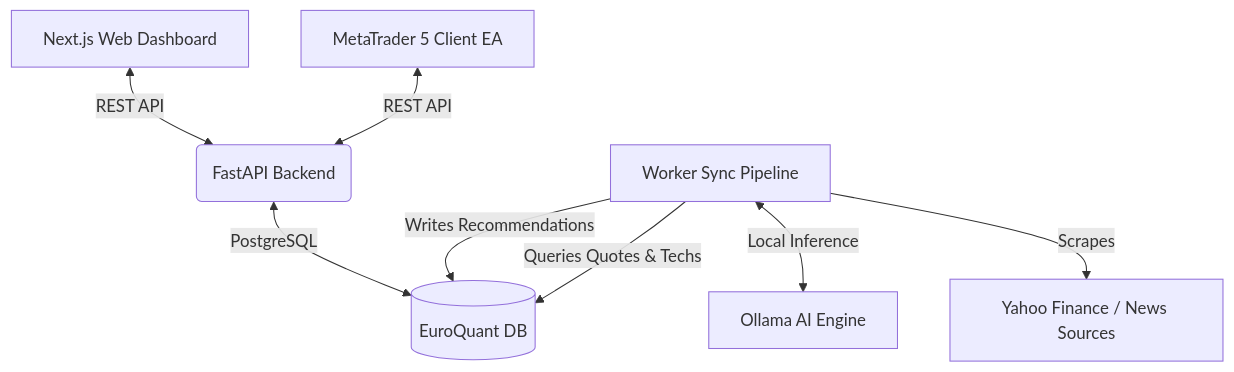
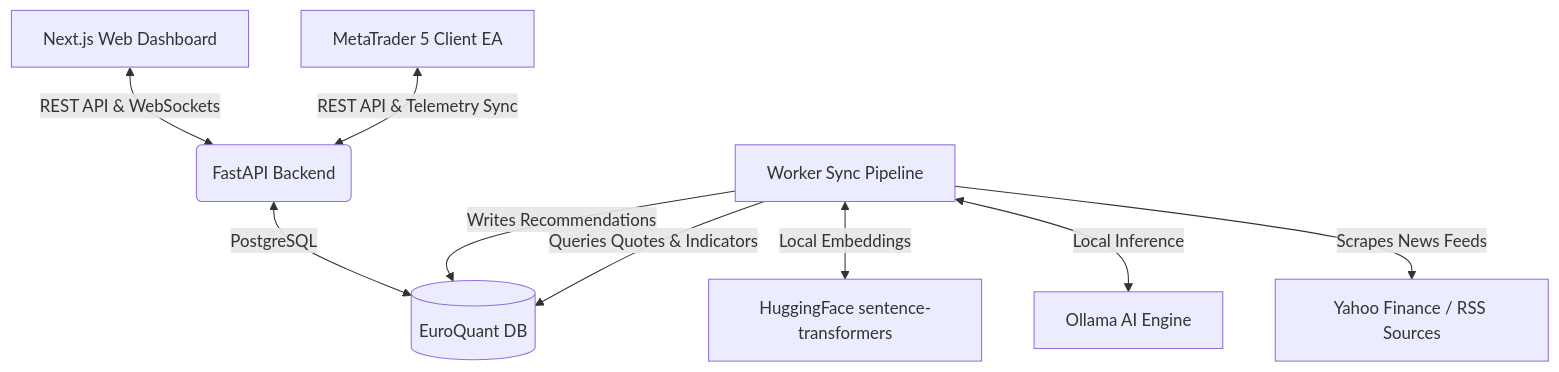
One commit to vsavio/EuroQuant changed the diagram in README.md. Above: the diagram before and after it, drawn with Mermaid. The commit also changed other lines of this file and 6 other files, not shown here.

````diff
--- a/README.md
+++ b/README.md
@@ -11,10 +11,11 @@
 ```mermaid
 graph TD
-    A[Next.js Web Dashboard] <-->|REST API| B(FastAPI Backend)
-    C[MetaTrader 5 Client EA] <-->|REST API| B
+    A[Next.js Web Dashboard] <-->|REST API & WebSockets| B(FastAPI Backend)
+    C[MetaTrader 5 Client EA] <-->|REST API & Telemetry Sync| B
     B <-->|PostgreSQL| D[(EuroQuant DB)]
     E[Worker Sync Pipeline] -->|Writes Recommendations| D
-    E -->|Queries Quotes & Techs| D
-    E <-->|Local Inference| F[Ollama AI Engine]
-    E -->|Scrapes| G[Yahoo Finance / News Sources]
+    E -->|Queries Quotes & Indicators| D
+    E <-->|Local Embeddings| F[HuggingFace sentence-transformers]
+    E <-->|Local Inference| G[Ollama AI Engine]
+    E -->|Scrapes News Feeds| H[Yahoo Finance / RSS Sources]
 ```
````
